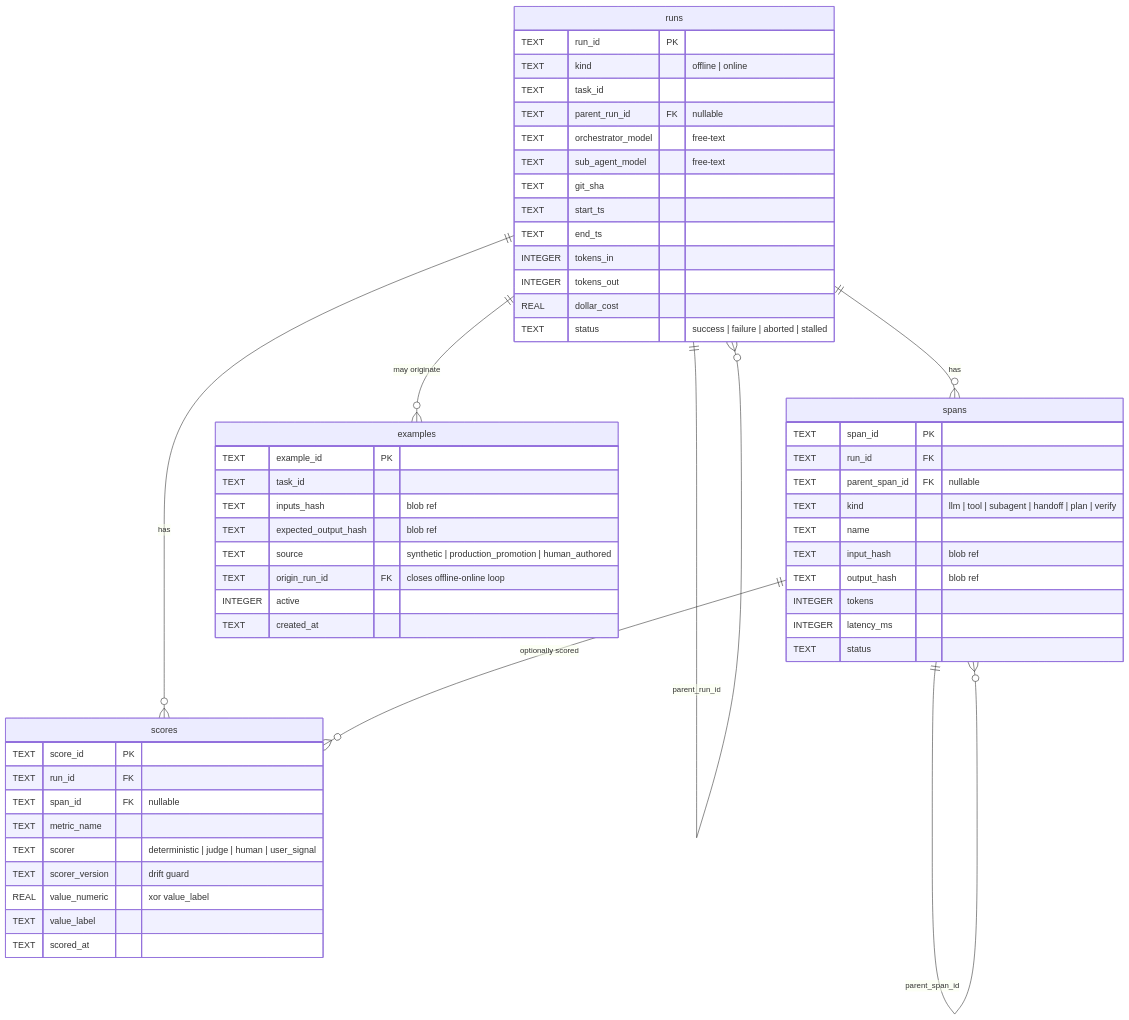
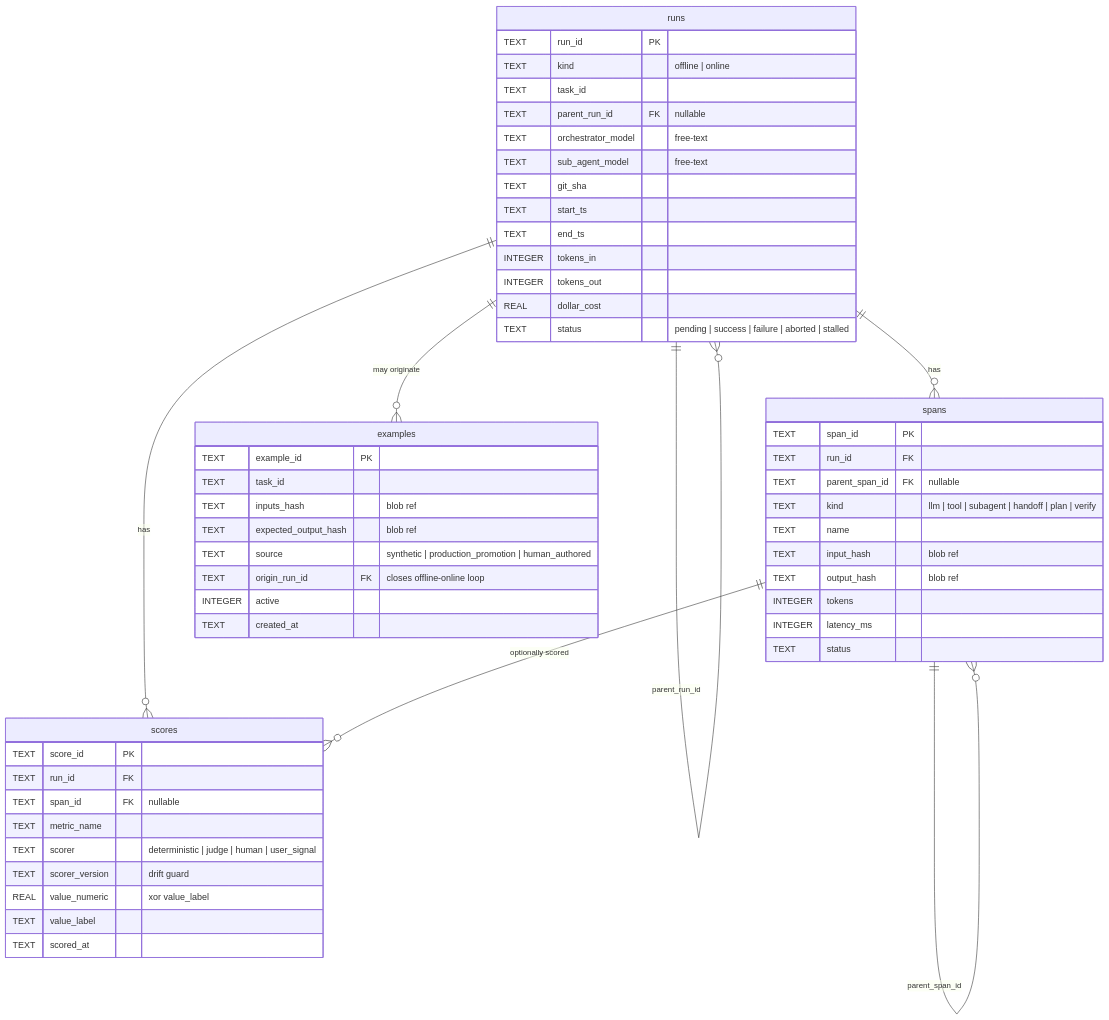
One commit to anant-gupta-utexas/plumb changed the third of 8 diagrams in docs/2_architecture/SYSTEM_DESIGN.md. Above: the diagram before and after it, drawn with Mermaid. The commit also changed other lines of this file and 12 other files, not shown here.

````diff
--- a/docs/2_architecture/SYSTEM_DESIGN.md
+++ b/docs/2_architecture/SYSTEM_DESIGN.md
@@ -151,58 +151,58 @@
 ```mermaid
 erDiagram
     runs ||--o{ spans : "has"
     runs ||--o{ scores : "has"
     spans ||--o{ scores : "optionally scored"
     runs ||--o{ examples : "may originate"
     runs ||--o{ runs : "parent_run_id"
     spans ||--o{ spans : "parent_span_id"
 
     runs {
         TEXT run_id PK
         TEXT kind "offline | online"
         TEXT task_id
         TEXT parent_run_id FK "nullable"
         TEXT orchestrator_model "free-text"
         TEXT sub_agent_model "free-text"
         TEXT git_sha
         TEXT start_ts
         TEXT end_ts
         INTEGER tokens_in
         INTEGER tokens_out
         REAL dollar_cost
-        TEXT status "success | failure | aborted | stalled"
+        TEXT status "pending | success | failure | aborted | stalled"
     }
     spans {
         TEXT span_id PK
         TEXT run_id FK
         TEXT parent_span_id FK "nullable"
         TEXT kind "llm | tool | subagent | handoff | plan | verify"
         TEXT name
         TEXT input_hash "blob ref"
         TEXT output_hash "blob ref"
         INTEGER tokens
         INTEGER latency_ms
         TEXT status
     }
     scores {
         TEXT score_id PK
         TEXT run_id FK
         TEXT span_id FK "nullable"
         TEXT metric_name
         TEXT scorer "deterministic | judge | human | user_signal"
         TEXT scorer_version "drift guard"
         REAL value_numeric "xor value_label"
         TEXT value_label
         TEXT scored_at
     }
     examples {
         TEXT example_id PK
         TEXT task_id
         TEXT inputs_hash "blob ref"
         TEXT expected_output_hash "blob ref"
         TEXT source "synthetic | production_promotion | human_authored"
         TEXT origin_run_id FK "closes offline-online loop"
         INTEGER active
         TEXT created_at
     }
 ```
````
